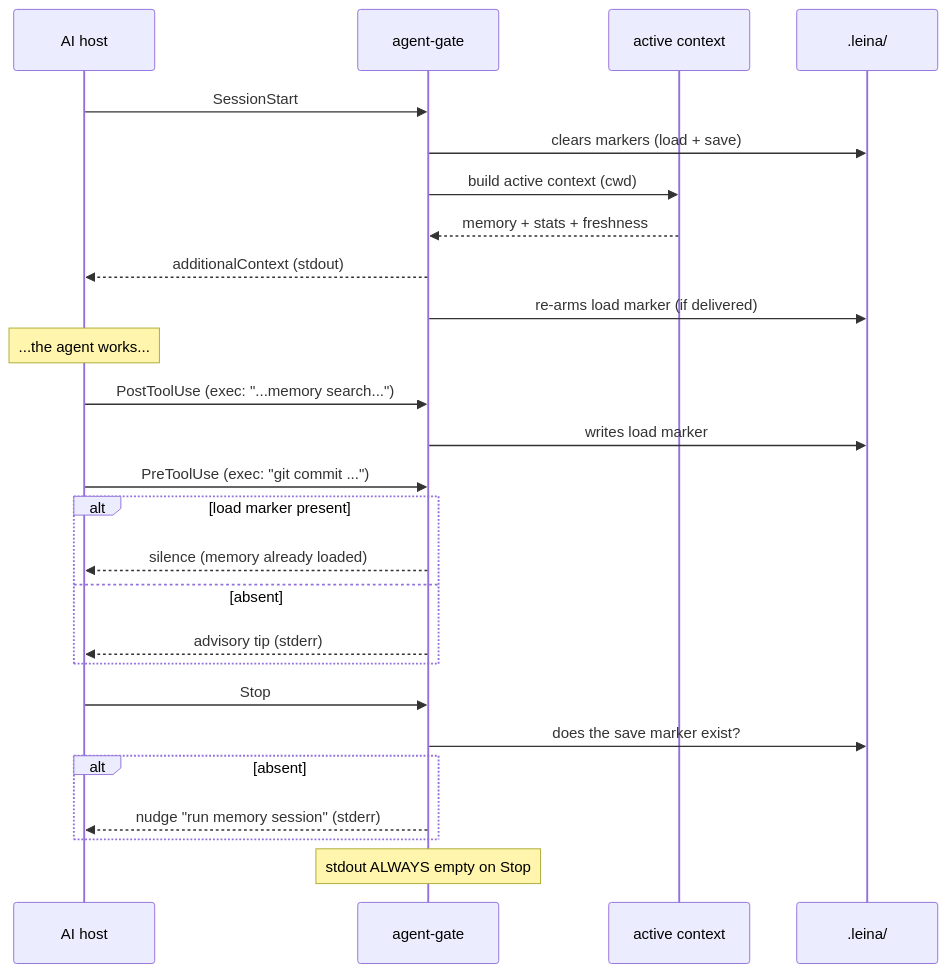
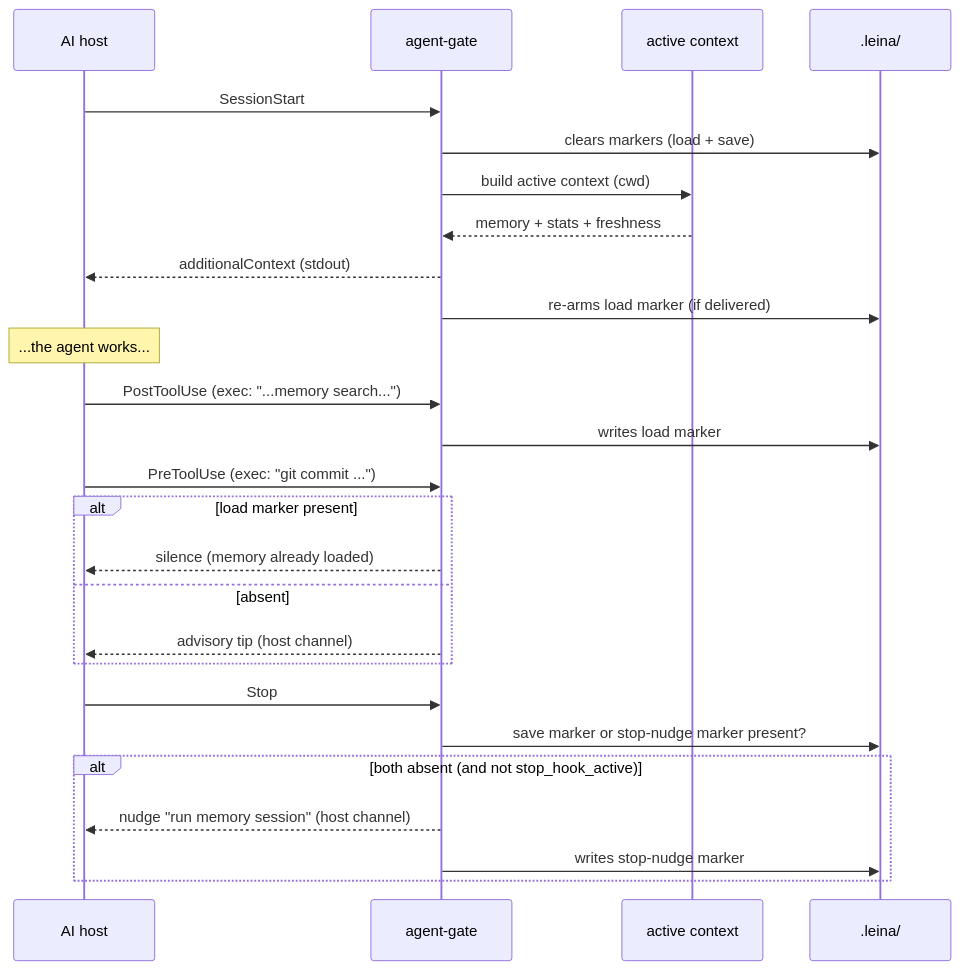
The third of 3 diagrams in docs/concepts/06-hooks-e-inyeccion.md (Kolimar/leina), drawn with Mermaid before and after one commit. The commit also changed other lines of this file and 8 other files, not shown here.

First line of the commit message:
fix(agent-gate): deliver advisories in the channel each host shows the agent

````diff
--- a/docs/concepts/06-hooks-e-inyeccion.md
+++ b/docs/concepts/06-hooks-e-inyeccion.md
@@ -117,32 +142,32 @@
 ```mermaid
 sequenceDiagram
     participant D as AI host
     participant G as agent-gate
     participant C as active context
     participant Disk as .leina/
 
     D->>G: SessionStart
     G->>Disk: clears markers (load + save)
     G->>C: build active context (cwd)
     C-->>G: memory + stats + freshness
     G-->>D: additionalContext (stdout)
     G->>Disk: re-arms load marker (if delivered)
 
     Note over D: ...the agent works...
     D->>G: PostToolUse (exec: "...memory search...")
     G->>Disk: writes load marker
 
     D->>G: PreToolUse (exec: "git commit ...")
     alt load marker present
         G-->>D: silence (memory already loaded)
     else absent
-        G-->>D: advisory tip (stderr)
+        G-->>D: advisory tip (host channel)
     end
 
     D->>G: Stop
-    G->>Disk: does the save marker exist?
-    alt absent
-        G-->>D: nudge "run memory session" (stderr)
+    G->>Disk: save marker or stop-nudge marker present?
+    alt both absent (and not stop_hook_active)
+        G-->>D: nudge "run memory session" (host channel)
+        G->>Disk: writes stop-nudge marker
     end
-    Note over G: stdout ALWAYS empty on Stop
 ```
````
